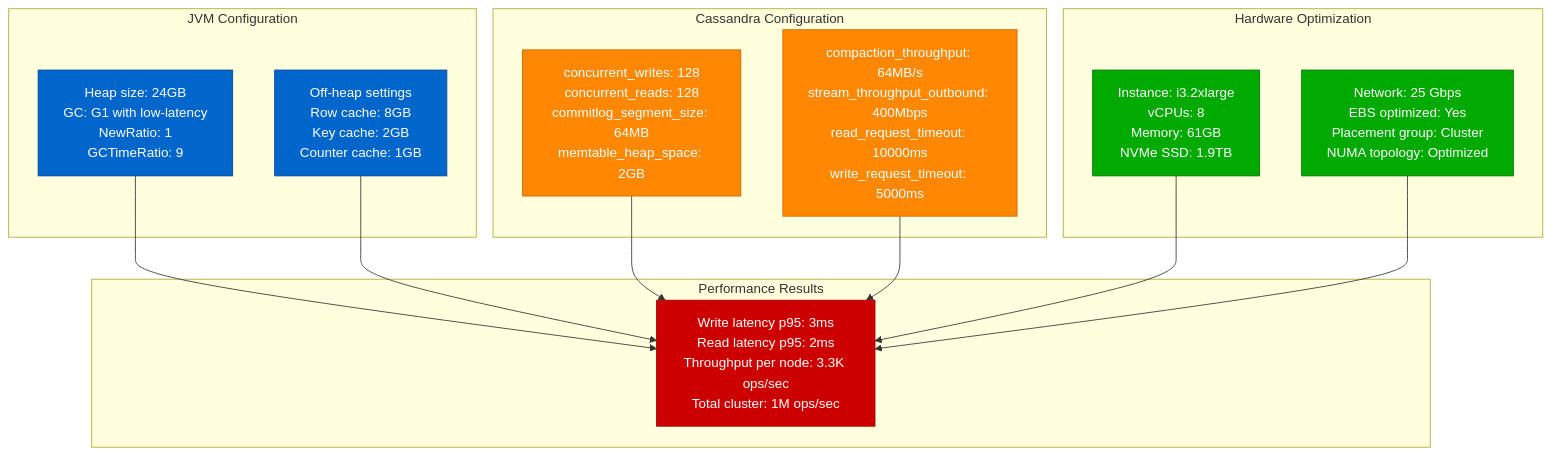
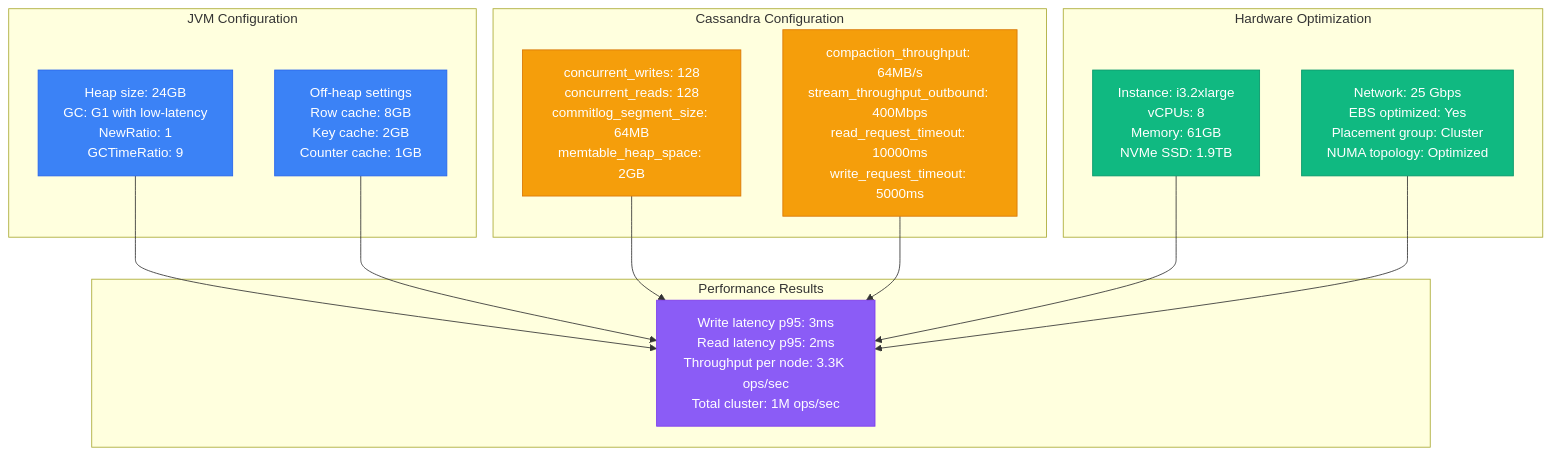
Diagram 13 of 14 in site/docs/performance/cassandra-performance-profile.md (deepaucksharma/DS), drawn with Mermaid before and after one commit. The commit also changed other lines of this file and 303 other files, not shown here.

````diff
--- a/site/docs/performance/cassandra-performance-profile.md
+++ b/site/docs/performance/cassandra-performance-profile.md
@@ -437,41 +437,41 @@
 ```mermaid
 graph TB
     subgraph "JVM Configuration"
         JVM1[Heap size: 24GB<br/>GC: G1 with low-latency<br/>NewRatio: 1<br/>GCTimeRatio: 9]
 
         JVM2[Off-heap settings<br/>Row cache: 8GB<br/>Key cache: 2GB<br/>Counter cache: 1GB]
     end
 
     subgraph "Cassandra Configuration"
         CASS1[concurrent_writes: 128<br/>concurrent_reads: 128<br/>commitlog_segment_size: 64MB<br/>memtable_heap_space: 2GB]
 
         CASS2[compaction_throughput: 64MB/s<br/>stream_throughput_outbound: 400Mbps<br/>read_request_timeout: 10000ms<br/>write_request_timeout: 5000ms]
     end
 
     subgraph "Hardware Optimization"
         HW1[Instance: i3.2xlarge<br/>vCPUs: 8<br/>Memory: 61GB<br/>NVMe SSD: 1.9TB]
 
         HW2[Network: 25 Gbps<br/>EBS optimized: Yes<br/>Placement group: Cluster<br/>NUMA topology: Optimized]
     end
 
     subgraph "Performance Results"
         PERF1[Write latency p95: 3ms<br/>Read latency p95: 2ms<br/>Throughput per node: 3.3K ops/sec<br/>Total cluster: 1M ops/sec]
     end
 
     JVM1 --> PERF1
     JVM2 --> PERF1
     CASS1 --> PERF1
     CASS2 --> PERF1
     HW1 --> PERF1
     HW2 --> PERF1
 
-    classDef jvmStyle fill:#0066CC,stroke:#004499,color:#fff
-    classDef cassStyle fill:#FF8800,stroke:#CC6600,color:#fff
-    classDef hwStyle fill:#00AA00,stroke:#007700,color:#fff
-    classDef perfStyle fill:#CC0000,stroke:#990000,color:#fff
+    classDef jvmStyle fill:#3B82F6,stroke:#2563EB,color:#fff
+    classDef cassStyle fill:#F59E0B,stroke:#D97706,color:#fff
+    classDef hwStyle fill:#10B981,stroke:#059669,color:#fff
+    classDef perfStyle fill:#8B5CF6,stroke:#7C3AED,color:#fff
 
     class JVM1,JVM2 jvmStyle
     class CASS1,CASS2 cassStyle
     class HW1,HW2 hwStyle
     class PERF1 perfStyle
 ```
````
